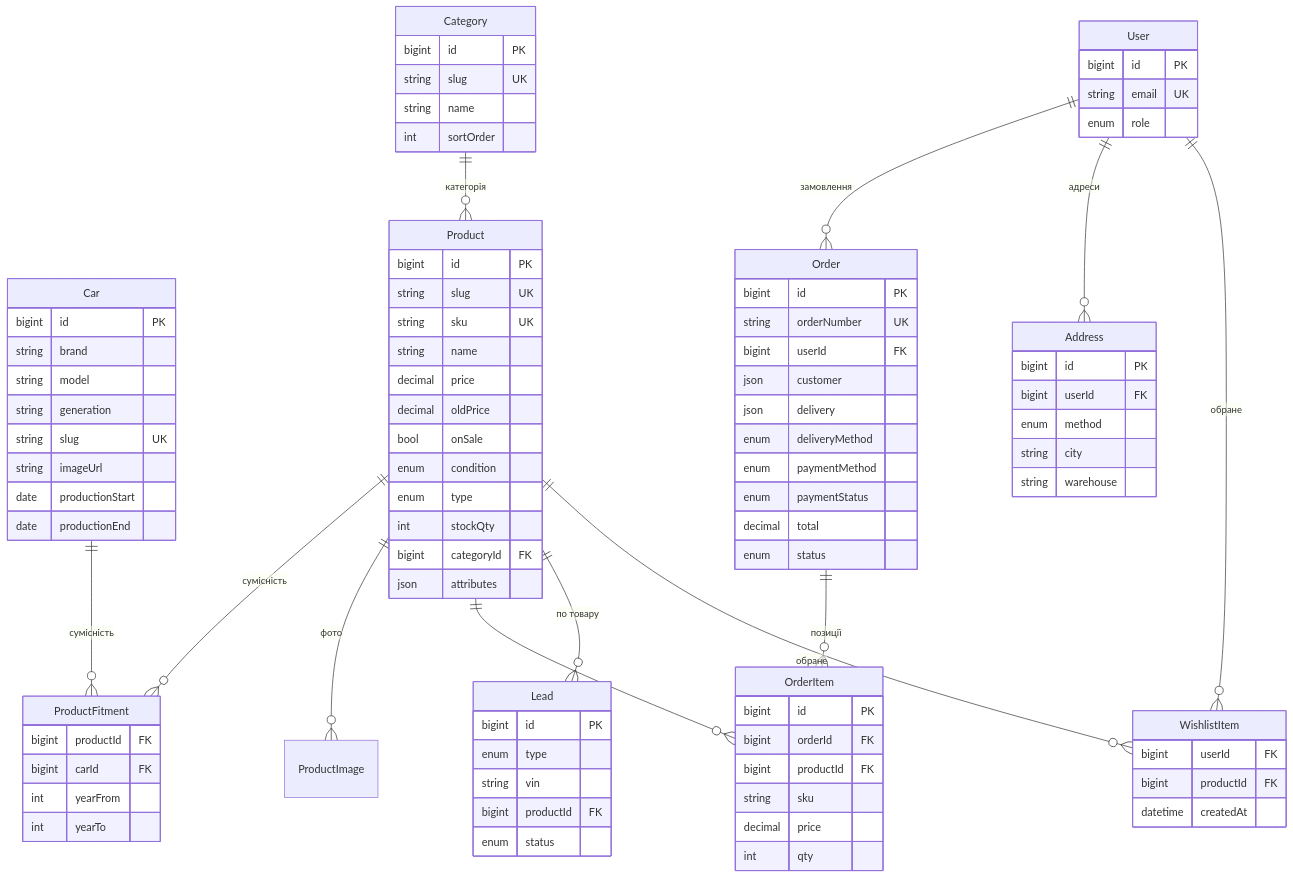
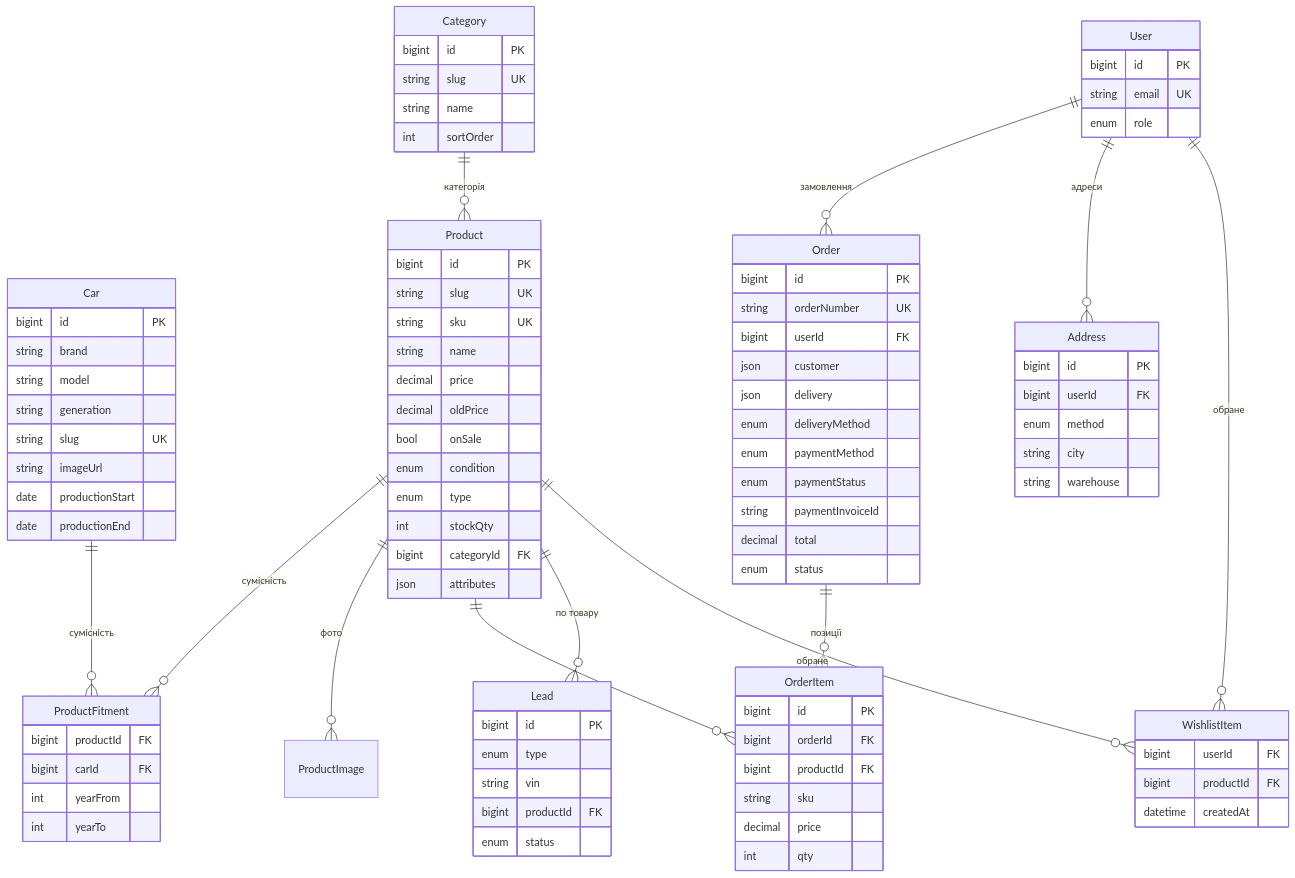
The diagram in docs/db-schema.md (vvbogdanovih/tesla-meta), drawn with Mermaid before and after one commit. The commit also changed other lines of this file and 6 other files, not shown here.

Commit message:
feat: Implement online payment via monopay (Monobank acquiring) with invoice creation, webhook, and polling support

```diff
--- a/docs/db-schema.md
+++ b/docs/db-schema.md
@@ -70,6 +70,7 @@
     enum   deliveryMethod
     enum   paymentMethod
     enum   paymentStatus
+    string paymentInvoiceId
     decimal total
     enum   status
   }
```
